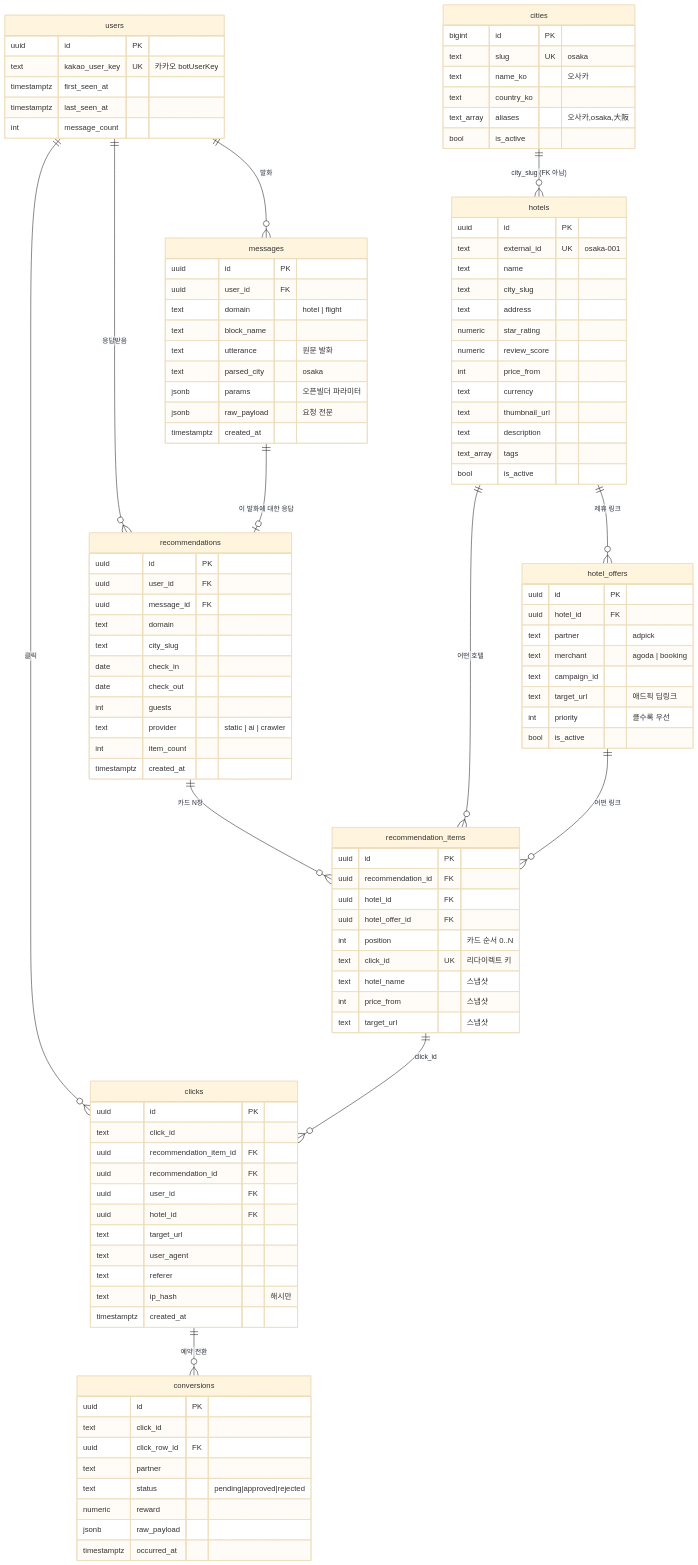
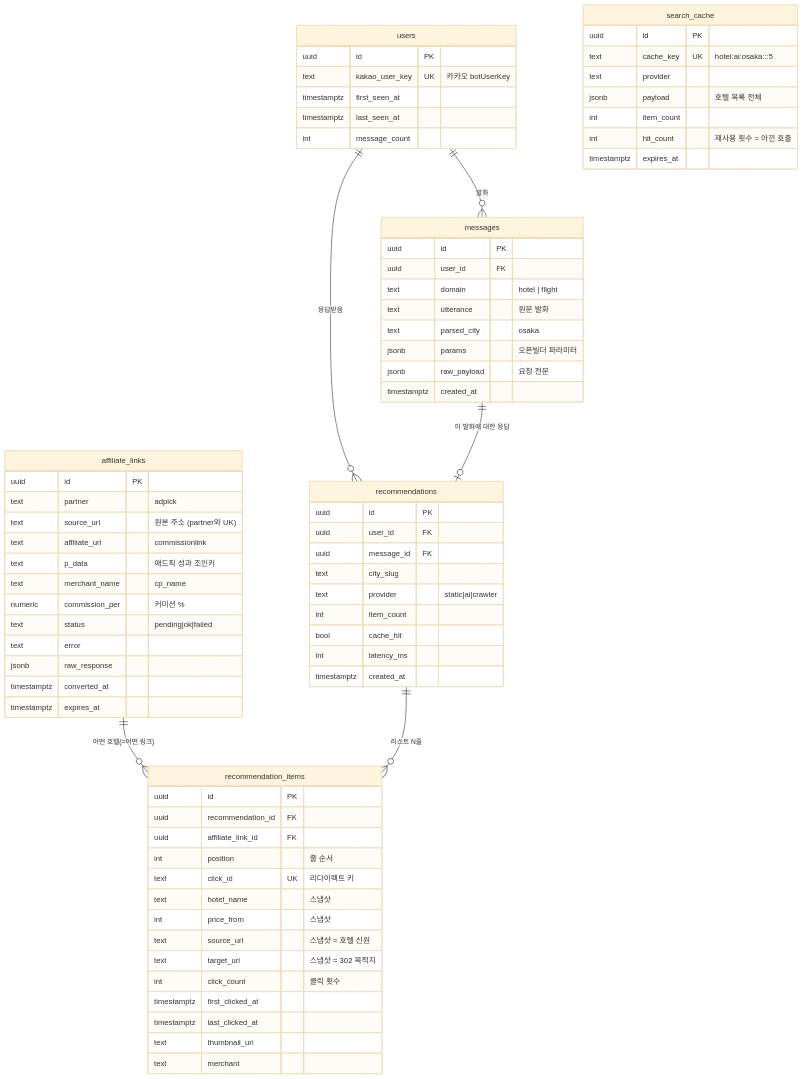
Before and after one commit to kcjfgnl9205/travel-chatbot-app: the second of 2 diagrams in docs/DB.md, drawn with Mermaid (base theme). The commit also changed other lines of this file and 31 other files, not shown here.

````diff
--- a/docs/DB.md
+++ b/docs/DB.md
@@ -25,19 +66,9 @@
 erDiagram
     users ||--o{ messages : "발화"
     users ||--o{ recommendations : "응답받음"
-    users ||--o{ clicks : "클릭"
-
     messages ||--o| recommendations : "이 발화에 대한 응답"
-
-    cities ||--o{ hotels : "city_slug (FK 아님)"
-    hotels ||--o{ hotel_offers : "제휴 링크"
-
-    recommendations ||--o{ recommendation_items : "카드 N장"
-    hotels ||--o{ recommendation_items : "어떤 호텔"
-    hotel_offers ||--o{ recommendation_items : "어떤 링크"
-
-    recommendation_items ||--o{ clicks : "click_id"
-    clicks ||--o{ conversions : "예약 전환"
+    affiliate_links ||--o{ recommendation_items : "어떤 호텔(=어떤 링크)"
+    recommendations ||--o{ recommendation_items : "리스트 N줄"
 
     users {
         uuid id PK
@@ -46,95 +77,64 @@
         timestamptz last_seen_at
         int message_count
     }
-    cities {
-        bigint id PK
-        text slug UK "osaka"
-        text name_ko "오사카"
-        text country_ko
-        text_array aliases "오사카,osaka,大阪"
-        bool is_active
-    }
     messages {
         uuid id PK
         uuid user_id FK
         text domain "hotel | flight"
-        text block_name
         text utterance "원문 발화"
         text parsed_city "osaka"
         jsonb params "오픈빌더 파라미터"
         jsonb raw_payload "요청 전문"
         timestamptz created_at
     }
-    hotels {
+    affiliate_links {
         uuid id PK
-        text external_id UK "osaka-001"
-        text name
-        text city_slug
-        text address
-        numeric star_rating
-        numeric review_score
-        int price_from
-        text currency
-        text thumbnail_url
-        text description
-        text_array tags
-        bool is_active
+        text partner "adpick"
+        text source_url "원본 주소 (partner와 UK)"
+        text affiliate_url "commissionlink"
+        text p_data "애드픽 성과 조인키"
+        text merchant_name "cp_name"
+        numeric commission_per "커미션 %"
+        text status "pending|ok|failed"
+        text error
+        jsonb raw_response
+        timestamptz converted_at
+        timestamptz expires_at
     }
-    hotel_offers {
+    search_cache {
         uuid id PK
-        uuid hotel_id FK
-        text partner "adpick"
-        text merchant "agoda | booking"
-        text campaign_id
-        text target_url "애드픽 딥링크"
-        int priority "클수록 우선"
-        bool is_active
+        text cache_key UK "hotel:ai:osaka:::5"
+        text provider
+        jsonb payload "호텔 목록 전체"
+        int item_count
+        int hit_count "재사용 횟수 = 아낀 호출"
+        timestamptz expires_at
     }
     recommendations {
         uuid id PK
         uuid user_id FK
         uuid message_id FK
-        text domain
         text city_slug
-        date check_in
-        date check_out
-        int guests
-        text provider "static | ai | crawler"
+        text provider "static|ai|crawler"
         int item_count
+        bool cache_hit
+        int latency_ms
         timestamptz created_at
     }
     recommendation_items {
         uuid id PK
         uuid recommendation_id FK
-        uuid hotel_id FK
-        uuid hotel_offer_id FK
-        int position "카드 순서 0..N"
+        uuid affiliate_link_id FK
+        int position "줄 순서"
         text click_id UK "리다이렉트 키"
         text hotel_name "스냅샷"
         int price_from "스냅샷"
-        text target_url "스냅샷"
-    }
-    clicks {
-        uuid id PK
-        text click_id
-        uuid recommendation_item_id FK
-        uuid recommendation_id FK
-        uuid user_id FK
-        uuid hotel_id FK
-        text target_url
-        text user_agent
-        text referer
-        text ip_hash "해시만"
-        timestamptz created_at
-    }
-    conversions {
-        uuid id PK
-        text click_id
-        uuid click_row_id FK
-        text partner
-        text status "pending|approved|rejected"
-        numeric reward
-        jsonb raw_payload
-        timestamptz occurred_at
+        text source_url "스냅샷 = 호텔 신원"
+        text target_url "스냅샷 = 302 목적지"
+        int click_count "클릭 횟수"
+        timestamptz first_clicked_at
+        timestamptz last_clicked_at
+        text thumbnail_url
+        text merchant
     }
 ```
````
